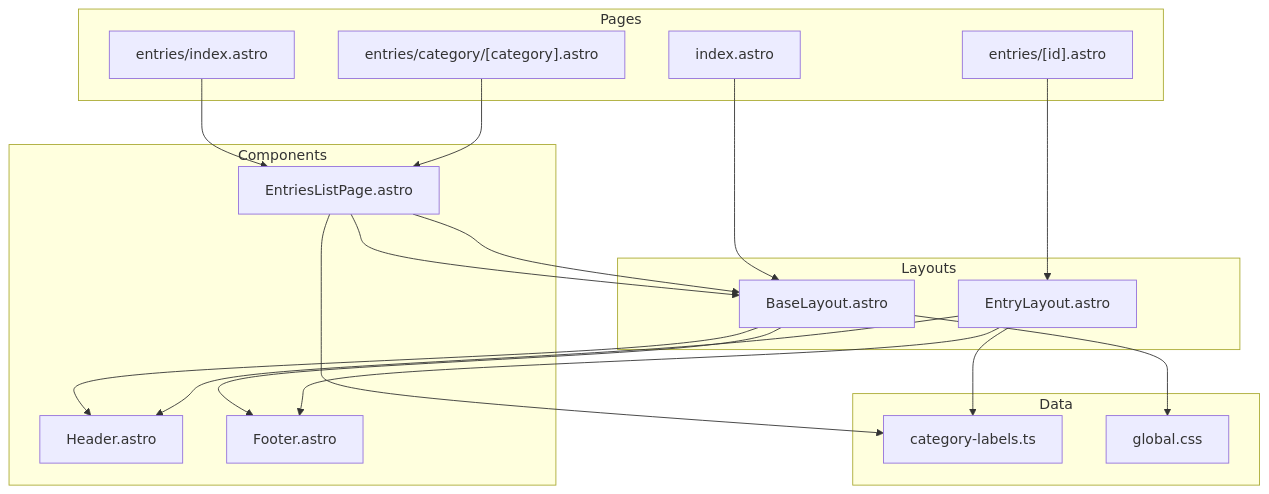
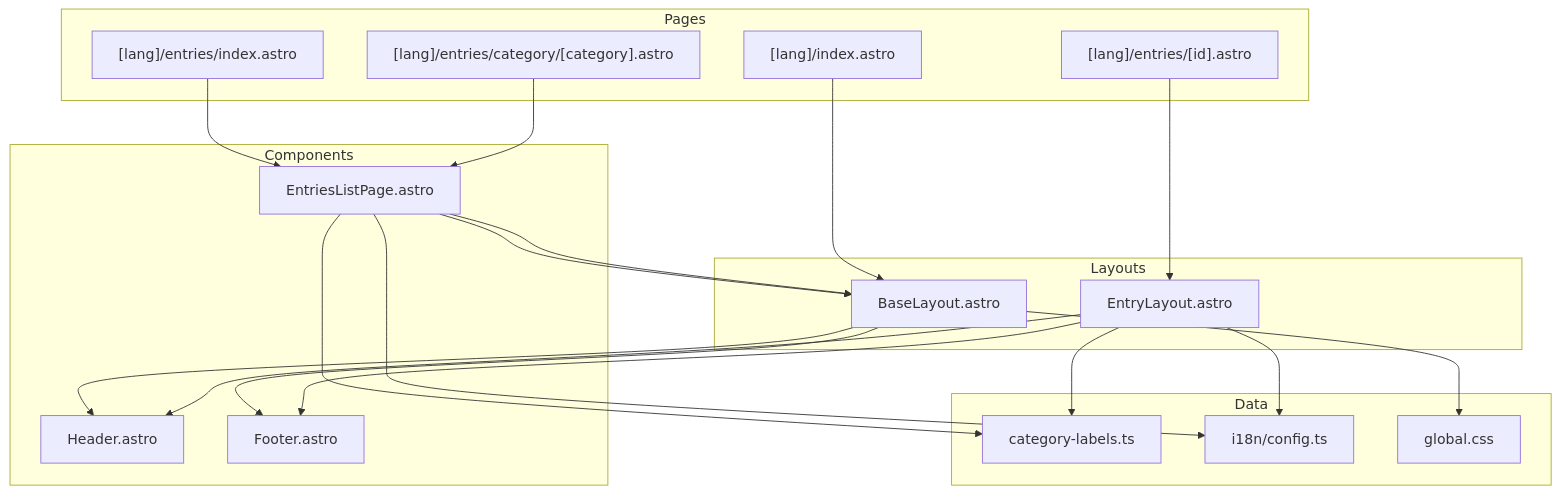
Before and after one commit to khanhhung142/mythic-pages: the diagram in doc/components.md, drawn with Mermaid. The commit also changed other lines of this file and 12 other files, not shown here.

````diff
--- a/doc/components.md
+++ b/doc/components.md
@@ -146,40 +143,43 @@
 ```mermaid
 graph TD
     subgraph "Pages"
-        P1["index.astro"]
-        P2["entries/index.astro"]
-        P3["entries/[id].astro"]
-        P4["entries/category/[category].astro"]
+        P1["[lang]/index.astro"]
+        P2["[lang]/entries/index.astro"]
+        P3["[lang]/entries/[id].astro"]
+        P4["[lang]/entries/category/[category].astro"]
     end
 
     subgraph "Layouts"
         BL["BaseLayout.astro"]
         EL["EntryLayout.astro"]
     end
 
     subgraph "Components"
         H["Header.astro"]
         F["Footer.astro"]
         ELP["EntriesListPage.astro"]
     end
 
     subgraph "Data"
         CL["category-labels.ts"]
+        I18N["i18n/config.ts"]
         GC["global.css"]
     end
 
     P1 --> BL
     P2 --> ELP
     P4 --> ELP
     ELP --> BL
     P3 --> EL
 
     BL --> H
     BL --> F
     BL --> GC
     EL --> H
     EL --> F
     EL --> CL
+    EL --> I18N
     ELP --> CL
+    ELP --> I18N
     ELP --> BL
 ```
````
